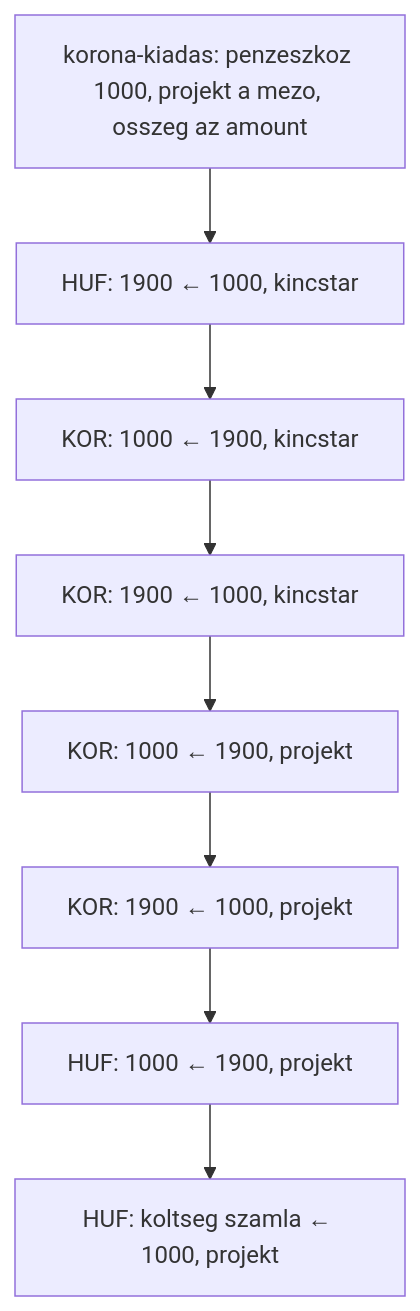
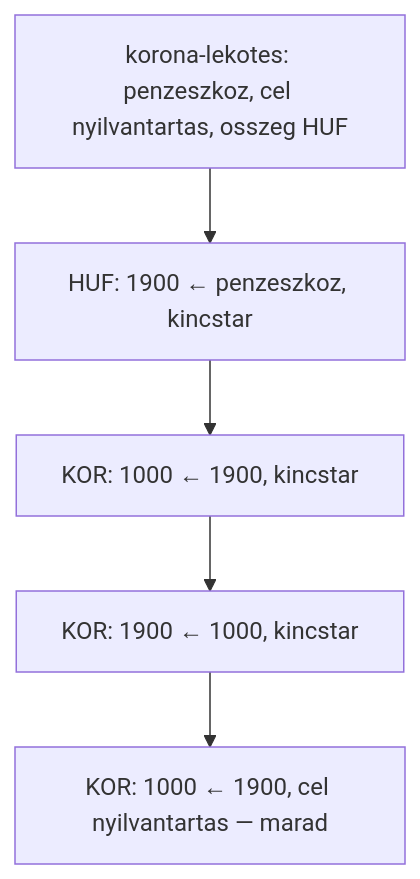
One commit to pitiboy/curr changed diagram 15 of 15 in docs/transaction-workflow.md. Above: the diagram before and after it, drawn with Mermaid. The commit also changed other lines of this file and 1 other file, not shown here.

First line of the commit message:
docs: korona csak lekötéskor a nyilvántartásokon

````diff
--- a/docs/transaction-workflow.md
+++ b/docs/transaction-workflow.md
@@ -791,11 +702,8 @@
 ```mermaid
 flowchart TD
-  egy["korona-kiadas: penzeszkoz 1000, projekt a mezo, osszeg az amount"]
-  egy --> a1["HUF: 1900 ← 1000, kincstar"]
+  egy["korona-lekotes: penzeszkoz, cel nyilvantartas, osszeg HUF"]
+  egy --> a1["HUF: 1900 ← penzeszkoz, kincstar"]
   a1 --> a2["KOR: 1000 ← 1900, kincstar"]
   a2 --> a3["KOR: 1900 ← 1000, kincstar"]
-  a3 --> a4["KOR: 1000 ← 1900, projekt"]
-  a4 --> a5["KOR: 1900 ← 1000, projekt"]
-  a5 --> a6["HUF: 1000 ← 1900, projekt"]
-  a6 --> a7["HUF: koltseg szamla ← 1000, projekt"]
+  a3 --> a4["KOR: 1000 ← 1900, cel nyilvantartas — marad"]
 ```
````
